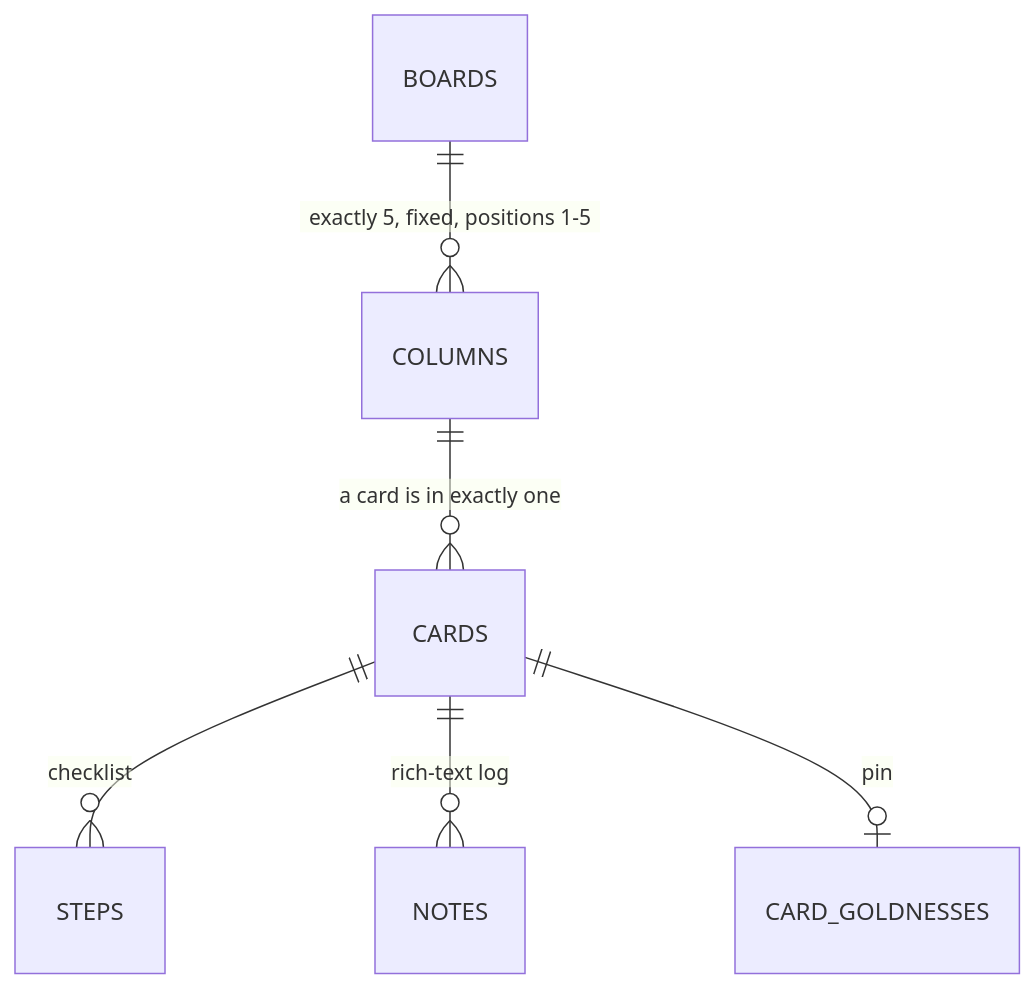
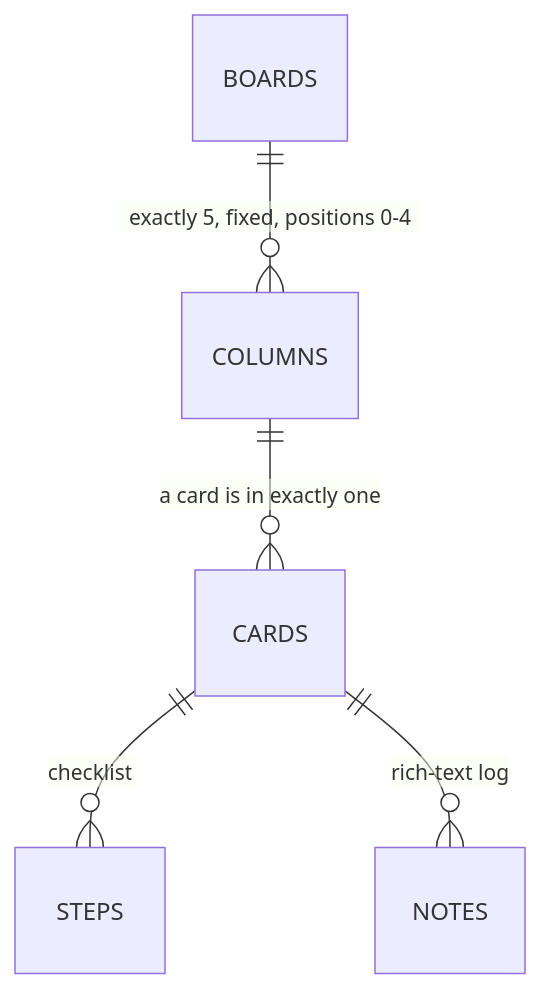
Before and after one commit to nexusaicodes/mudda: the third of 5 diagrams in ERD.md, drawn with Mermaid. The commit also changed other lines of this file and 239 other files, not shown here.

First line of the commit message:
Re-center the schema on users and boards, on integer keys (#17)

````diff
--- a/ERD.md
+++ b/ERD.md
@@ -345,8 +289,7 @@
 ```mermaid
 erDiagram
-    BOARDS ||--o{ COLUMNS : "exactly 5, fixed, positions 1-5"
+    BOARDS ||--o{ COLUMNS : "exactly 5, fixed, positions 0-4"
     COLUMNS ||--o{ CARDS : "a card is in exactly one"
     CARDS ||--o{ STEPS : "checklist"
     CARDS ||--o{ NOTES : "rich-text log"
-    CARDS ||--o| CARD_GOLDNESSES : "pin"
 ```
````
